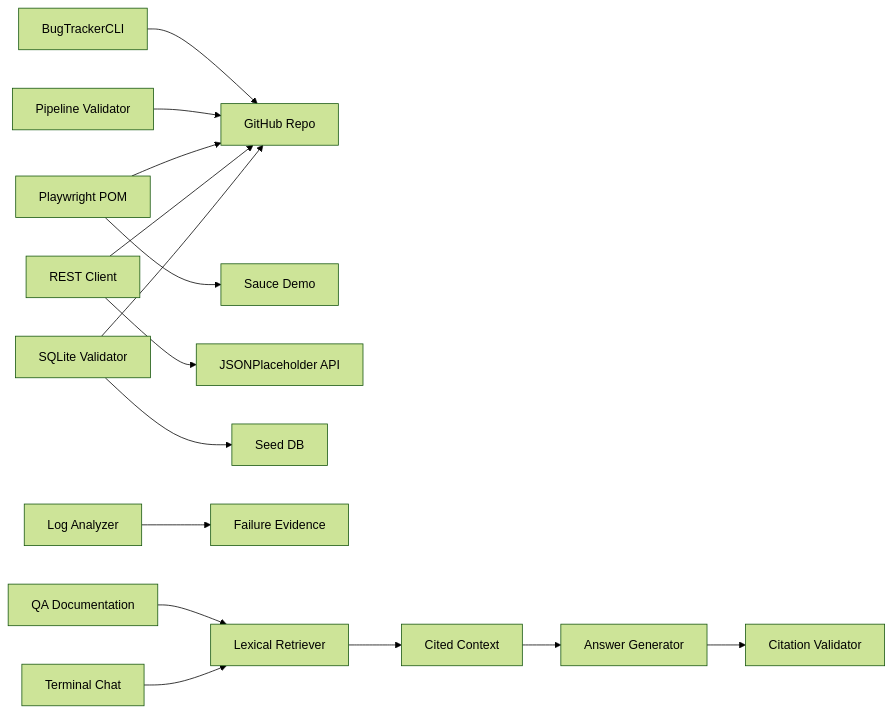
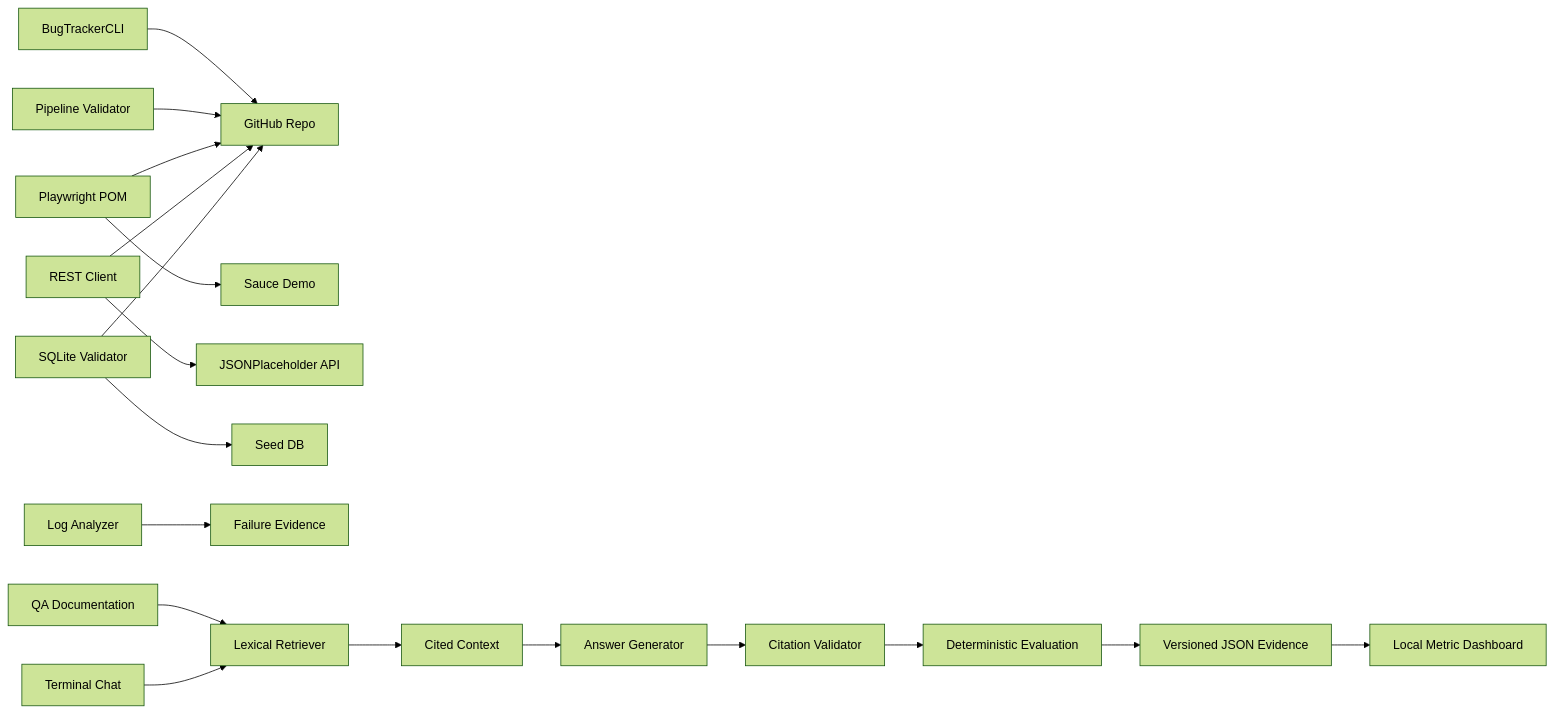
One commit to saptayh-8910/qa-compliance-sentry changed the diagram in README.md. Above: the diagram before and after it, drawn with Mermaid (forest theme). The commit also changed other lines of this file and 10 other files, not shown here.

Commit message:
feat: add RAG evaluation dashboard

````diff
--- a/README.md
+++ b/README.md
@@ -42,17 +43,20 @@
 ```mermaid
 flowchart LR
   CLI[BugTrackerCLI] --> Repo[GitHub Repo]
   PW[Playwright POM] --> Sauce[Sauce Demo]
   API[REST Client] --> JSON[JSONPlaceholder API]
   DB[SQLite Validator] --> Seed[Seed DB]
   LOG[Log Analyzer] --> Evidence[Failure Evidence]
   PIPE[Pipeline Validator] --> Repo
   DOCS[QA Documentation] --> RAG[Lexical Retriever]
   CHAT[Terminal Chat] --> RAG
   RAG --> CTX[Cited Context]
   CTX --> GEN[Answer Generator]
   GEN --> VERIFY[Citation Validator]
+  VERIFY --> EVAL[Deterministic Evaluation]
+  EVAL --> EVIDENCE[Versioned JSON Evidence]
+  EVIDENCE --> DASH[Local Metric Dashboard]
   PW --> Repo
   API --> Repo
   DB --> Repo
 ```
````
